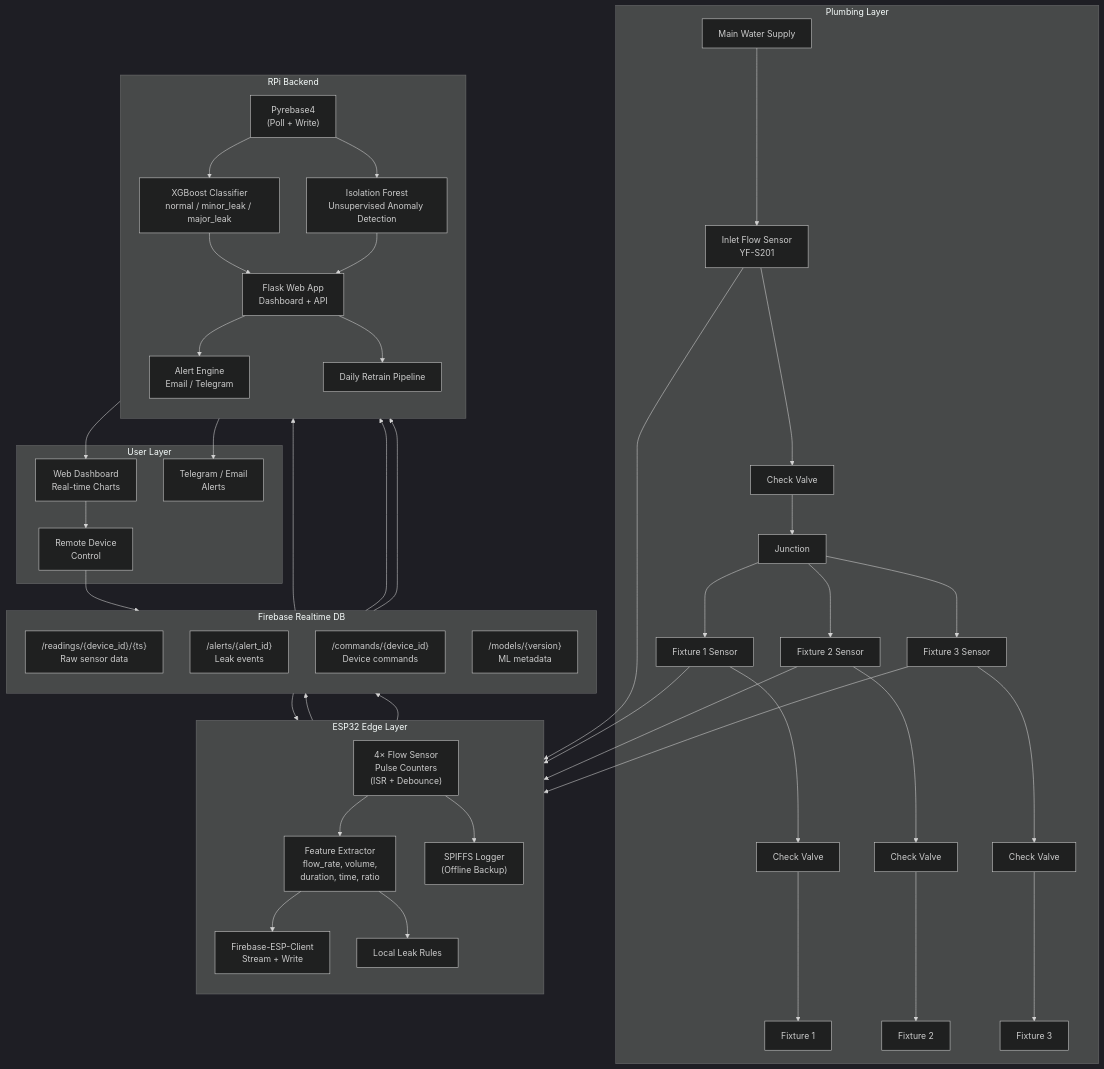
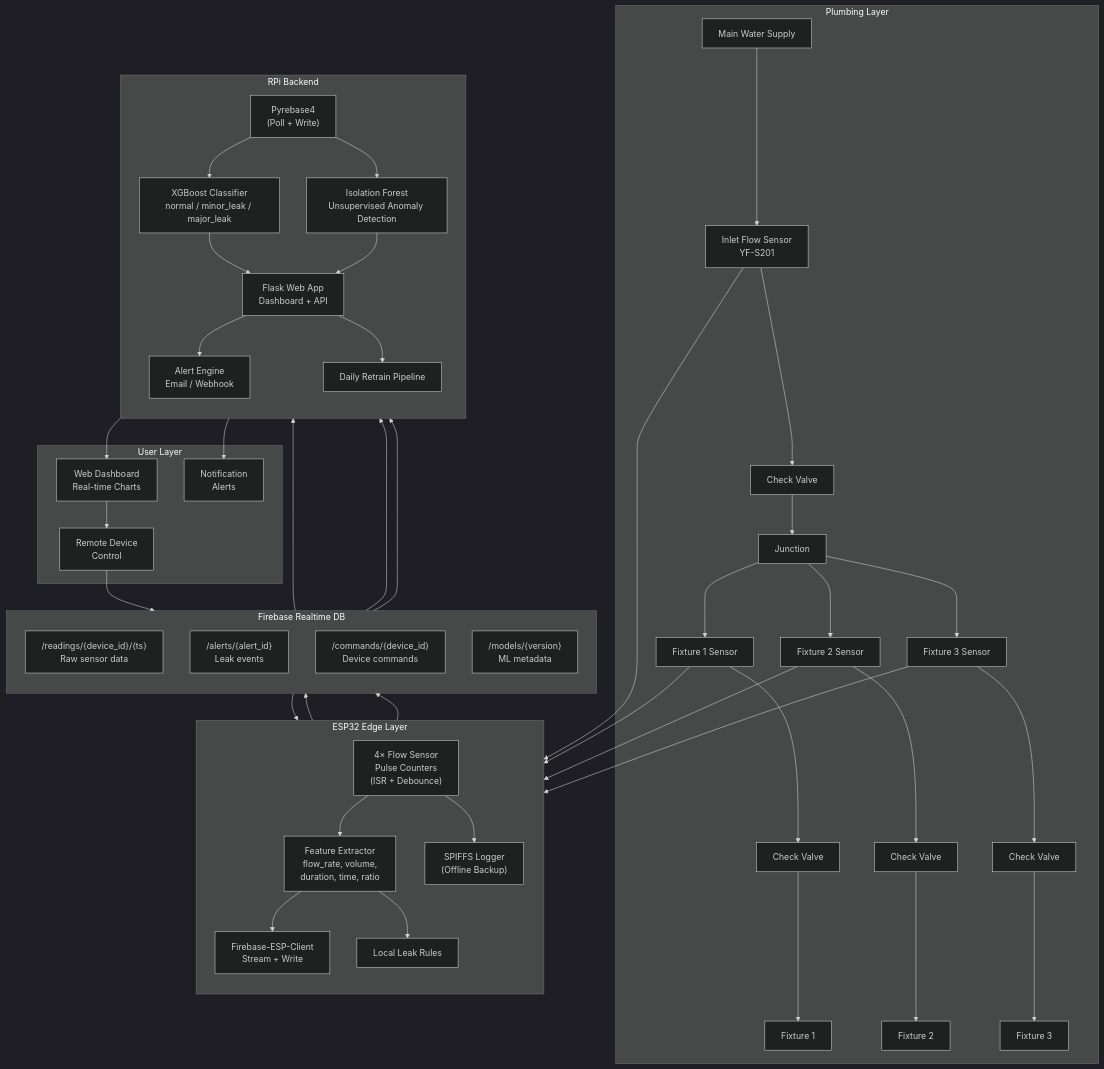
One commit to qppd/water-meter changed the diagram in docs/system-architecture.md. Above: the diagram before and after it, drawn with Mermaid (dark theme). The commit also changed other lines of this file and 7 other files, not shown here.

````diff
--- a/docs/system-architecture.md
+++ b/docs/system-architecture.md
@@ -18,77 +18,77 @@
 ```mermaid
 graph TB
     subgraph "Plumbing Layer"
         A[Main Water Supply] --> B[Inlet Flow Sensor<br/>YF-S201]
         B --> C[Check Valve]
         C --> D[Junction]
         D --> E1[Fixture 1 Sensor]
         D --> E2[Fixture 2 Sensor]
         D --> E3[Fixture 3 Sensor]
         E1 --> CV1[Check Valve] --> F1[Fixture 1]
         E2 --> CV2[Check Valve] --> F2[Fixture 2]
         E3 --> CV3[Check Valve] --> F3[Fixture 3]
     end
 
     subgraph "ESP32 Edge Layer"
         direction TB
         Sensors["4× Flow Sensor<br/>Pulse Counters<br/>(ISR + Debounce)"]
         Features["Feature Extractor<br/>flow_rate, volume,<br/>duration, time, ratio"]
         FirebaseClient["Firebase-ESP-Client<br/>Stream + Write"]
         LocalCtrl["Local Leak Rules"]
         SPIFFS["SPIFFS Logger<br/>(Offline Backup)"]
         
         Sensors --> Features
         Features --> FirebaseClient
         Features --> LocalCtrl
         Sensors --> SPIFFS
     end
 
     subgraph "Firebase Realtime DB"
         direction TB
         Readings["/readings/{device_id}/{ts}<br/>Raw sensor data"]
         Alerts["/alerts/{alert_id}<br/>Leak events"]
         Commands["/commands/{device_id}<br/>Device commands"]
         Models["/models/{version}<br/>ML metadata"]
     end
 
     subgraph "RPi Backend"
         direction TB
         FBAdmin["Pyrebase4<br/>(Poll + Write)"]
         XGB["XGBoost Classifier<br/>normal / minor_leak / major_leak"]
         ISO["Isolation Forest<br/>Unsupervised Anomaly Detection"]
         Flask["Flask Web App<br/>Dashboard + API"]
-        AlertEngine["Alert Engine<br/>Email / Telegram"]
+        AlertEngine["Alert Engine<br/>Email / Webhook"]
         Retrain["Daily Retrain Pipeline"]
         
         FBAdmin --> XGB
         FBAdmin --> ISO
         XGB --> Flask
         ISO --> Flask
         Flask --> AlertEngine
         Flask --> Retrain
     end
 
     subgraph "User Layer"
         Dashboard["Web Dashboard<br/>Real-time Charts"]
-        Notif["Telegram / Email<br/>Alerts"]
+        Notif["Notification<br/>Alerts"]
         Cmd["Remote Device<br/>Control"]
     end
 
     B --> Sensors
     E1 --> Sensors
     E2 --> Sensors
     E3 --> Sensors
     
     FirebaseClient --> Readings
     FirebaseClient --> Alerts
     Commands --> FirebaseClient
     
     Readings --> FBAdmin
     Alerts --> FBAdmin
     Commands --> FBAdmin
     
     Flask --> Dashboard
     AlertEngine --> Notif
     Dashboard --> Cmd
     Cmd --> Commands
 ```
````
